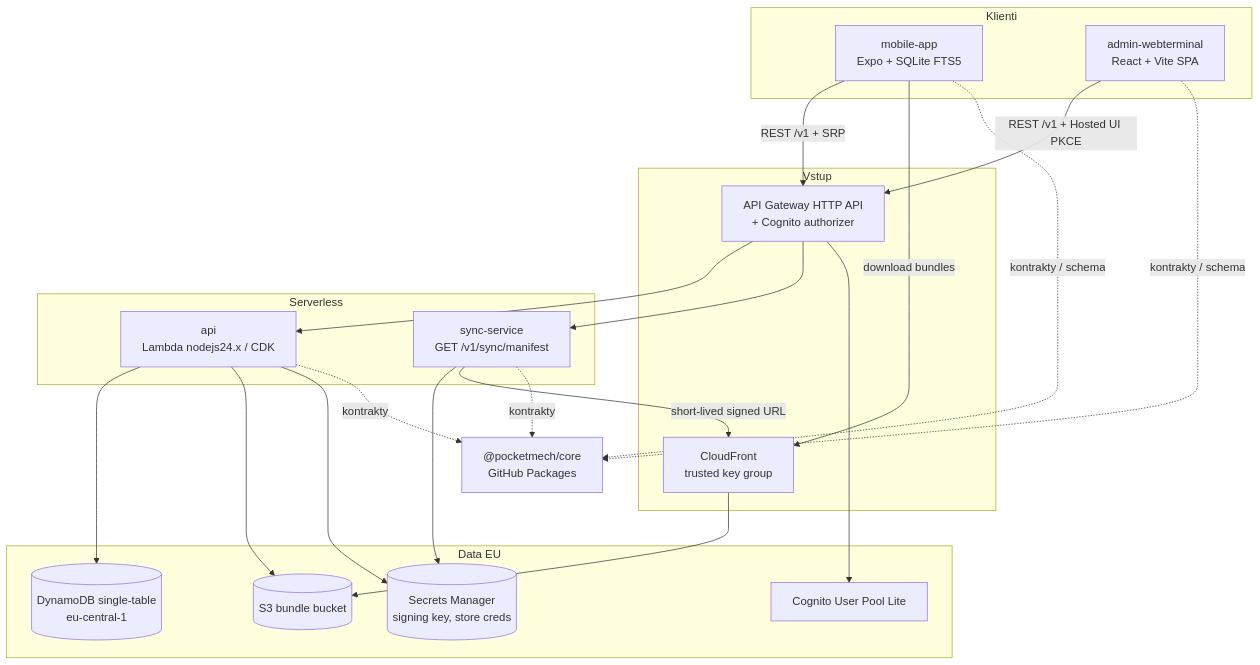
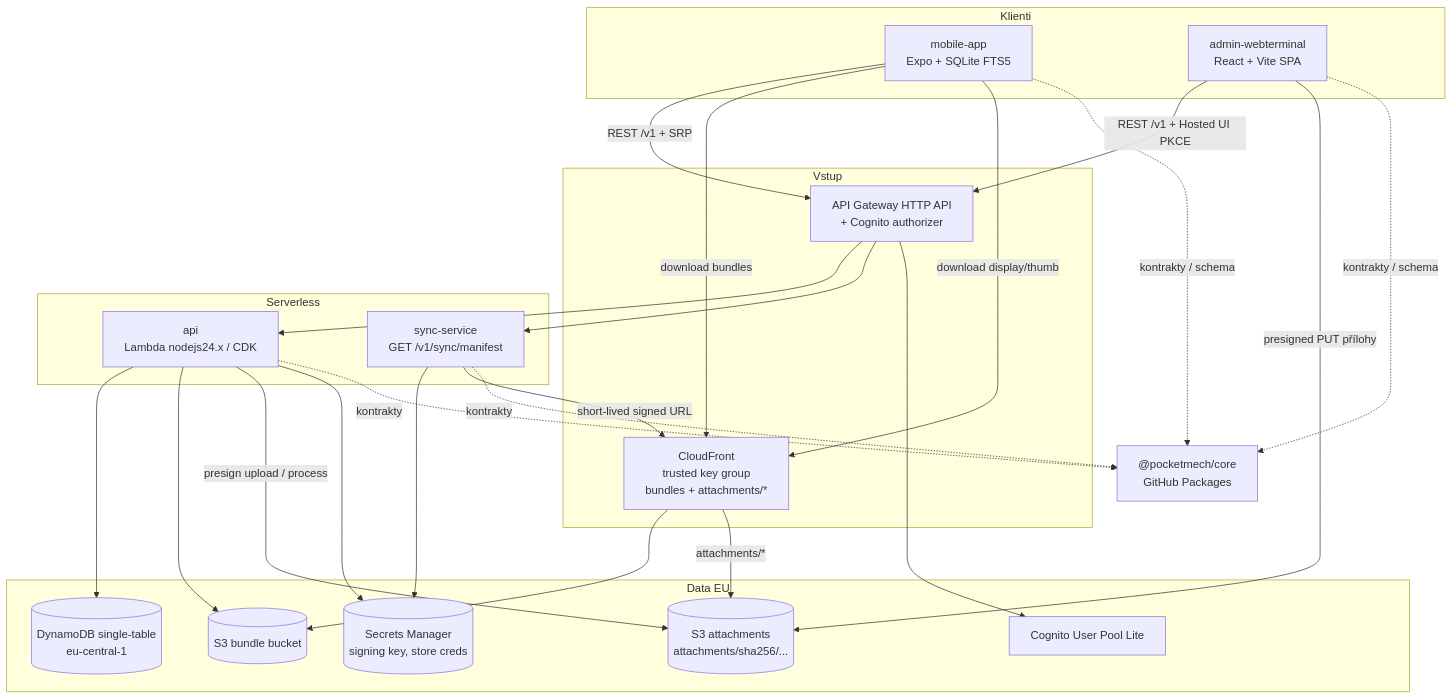
The diagram in docs/architecture.md (PocketMech/.github), drawn with Mermaid before and after one commit. The commit also changed other lines of this file and 4 other files, not shown here.

First line of the commit message:
docs: revize ADR 0001/0004/0005/0006 a architecture (přílohy)

````diff
--- a/docs/architecture.md
+++ b/docs/architecture.md
@@ -22,43 +36,48 @@
 ```mermaid
 flowchart TB
   subgraph clients [Klienti]
     MOB["mobile-app\nExpo + SQLite FTS5"]
     ADM["admin-webterminal\nReact + Vite SPA"]
   end
 
   subgraph edge [Vstup]
     APIGW["API Gateway HTTP API\n+ Cognito authorizer"]
-    CF["CloudFront\ntrusted key group"]
+    CF["CloudFront\ntrusted key group\nbundles + attachments/*"]
   end
 
   subgraph compute [Serverless]
     API["api\nLambda nodejs24.x / CDK"]
     SYNC["sync-service\nGET /v1/sync/manifest"]
   end
 
   subgraph data [Data EU]
     DDB[("DynamoDB single-table\neu-central-1")]
-    S3[("S3 bundle bucket")]
+    S3B[("S3 bundle bucket")]
+    S3A[("S3 attachments\nattachments/sha256/...")]
     SM[("Secrets Manager\nsigning key, store creds")]
     COG["Cognito User Pool Lite"]
   end
 
   CORE["@pocketmech/core\nGitHub Packages"]
 
   MOB -->|REST /v1 + SRP| APIGW
   ADM -->|REST /v1 + Hosted UI PKCE| APIGW
   APIGW --> API
   APIGW --> SYNC
   APIGW --> COG
   API --> DDB
-  API --> S3
+  API --> S3B
+  API -->|presign upload / process| S3A
   API --> SM
   SYNC --> SM
   SYNC -->|short-lived signed URL| CF
-  CF --> S3
+  CF --> S3B
+  CF -->|attachments/*| S3A
   MOB -->|download bundles| CF
+  MOB -->|download display/thumb| CF
+  ADM -->|presigned PUT přílohy| S3A
   API -.->|kontrakty| CORE
   SYNC -.->|kontrakty| CORE
   MOB -.->|kontrakty / schema| CORE
   ADM -.->|kontrakty / schema| CORE
 ```
````
